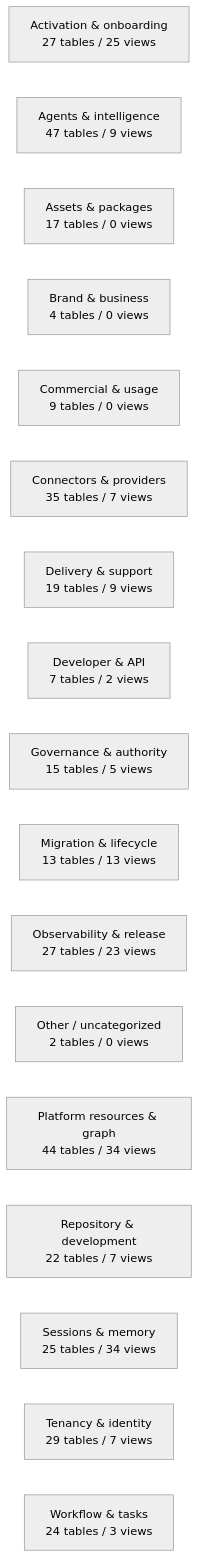
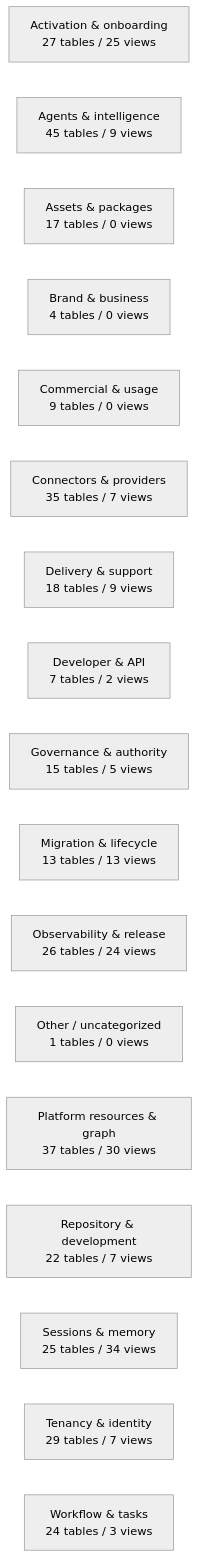
One commit to mad4bdigital-ai/multi-business-multi-role-growth-intelligence-os changed the diagram in docs/work-maps/data-model-domain-map.md. Above: the diagram before and after it, drawn with Mermaid (neutral theme). The commit also changed other lines of this file, not shown here.

````diff
--- a/docs/work-maps/data-model-domain-map.md
+++ b/docs/work-maps/data-model-domain-map.md
@@ -9,20 +9,20 @@
 ```mermaid
 flowchart LR
   n_Activation___onboarding["Activation & onboarding<br/>27 tables / 25 views"]
-  n_Agents___intelligence["Agents & intelligence<br/>47 tables / 9 views"]
+  n_Agents___intelligence["Agents & intelligence<br/>45 tables / 9 views"]
   n_Assets___packages["Assets & packages<br/>17 tables / 0 views"]
   n_Brand___business["Brand & business<br/>4 tables / 0 views"]
   n_Commercial___usage["Commercial & usage<br/>9 tables / 0 views"]
   n_Connectors___providers["Connectors & providers<br/>35 tables / 7 views"]
-  n_Delivery___support["Delivery & support<br/>19 tables / 9 views"]
+  n_Delivery___support["Delivery & support<br/>18 tables / 9 views"]
   n_Developer___API["Developer & API<br/>7 tables / 2 views"]
   n_Governance___authority["Governance & authority<br/>15 tables / 5 views"]
   n_Migration___lifecycle["Migration & lifecycle<br/>13 tables / 13 views"]
-  n_Observability___release["Observability & release<br/>27 tables / 23 views"]
-  n_Other___uncategorized["Other / uncategorized<br/>2 tables / 0 views"]
-  n_Platform_resources___graph["Platform resources & graph<br/>44 tables / 34 views"]
+  n_Observability___release["Observability & release<br/>26 tables / 24 views"]
+  n_Other___uncategorized["Other / uncategorized<br/>1 tables / 0 views"]
+  n_Platform_resources___graph["Platform resources & graph<br/>37 tables / 30 views"]
   n_Repository___development["Repository & development<br/>22 tables / 7 views"]
   n_Sessions___memory["Sessions & memory<br/>25 tables / 34 views"]
   n_Tenancy___identity["Tenancy & identity<br/>29 tables / 7 views"]
   n_Workflow___tasks["Workflow & tasks<br/>24 tables / 3 views"]
 ```
````
